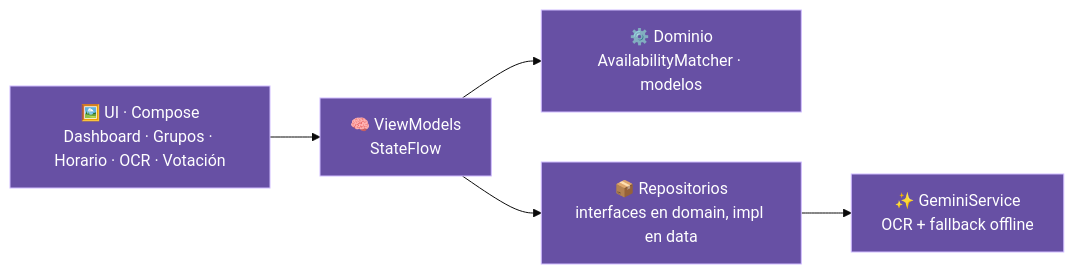
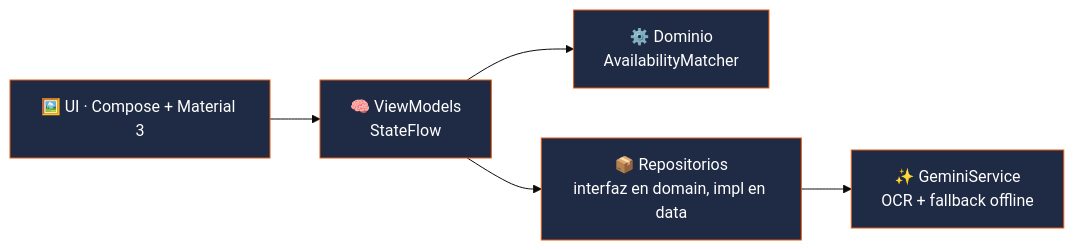
Before and after one commit to Alessandro-BS/Alessandro-BS: the fourth of 6 diagrams in README.md, drawn with Mermaid (base theme). The commit also changed other lines of this file, not shown here.

````diff
--- a/README.md
+++ b/README.md
@@ -143,13 +194,9 @@
 ```mermaid
 flowchart LR
-    UI["🖼️ UI · Compose<br/>Dashboard · Grupos · Horario · OCR · Votación"]
-    VM["🧠 ViewModels<br/>StateFlow"]
-    UC["⚙️ Dominio<br/>AvailabilityMatcher · modelos"]
-    REPO["📦 Repositorios<br/>interfaces en domain, impl en data"]
-    AI["✨ GeminiService<br/>OCR + fallback offline"]
-    UI --> VM --> UC
-    VM --> REPO
-    REPO --> AI
-    classDef k fill:#6750A4,color:#fff,stroke:#d0bcff
+    UI["🖼️ UI · Compose + Material 3"] --> VM["🧠 ViewModels<br/>StateFlow"]
+    VM --> UC["⚙️ Dominio<br/>AvailabilityMatcher"]
+    VM --> REPO["📦 Repositorios<br/>interfaz en domain, impl en data"]
+    REPO --> AI["✨ GeminiService<br/>OCR + fallback offline"]
+    classDef k fill:#1f2a44,color:#fff,stroke:#e8590c
     class UI,VM,UC,REPO,AI k
 ```
````
